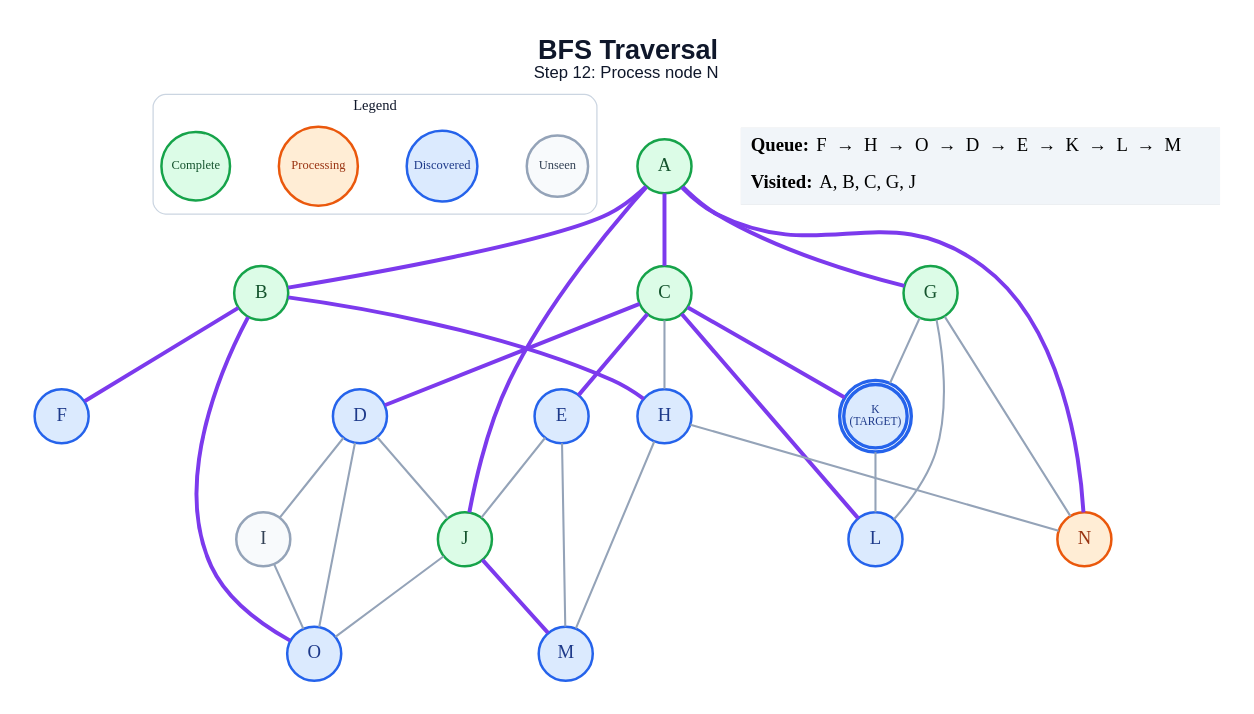
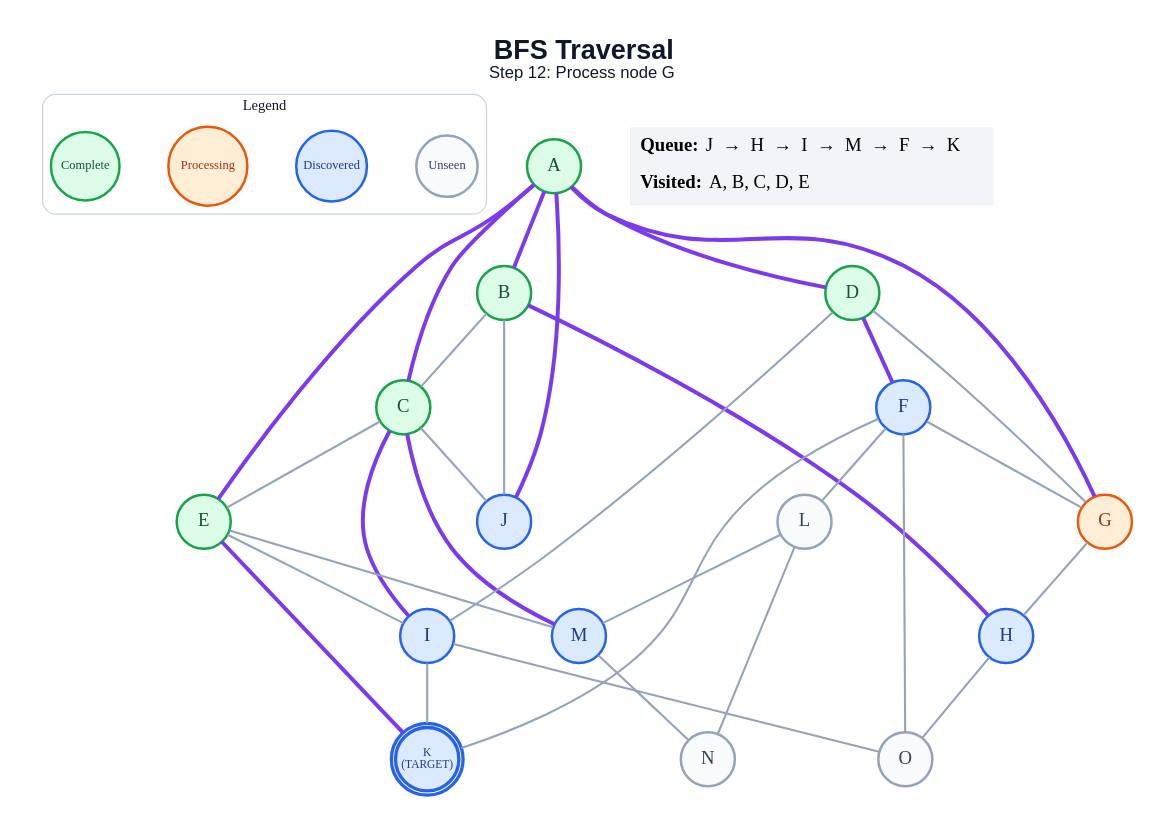
One commit to anon7238593-create/ai-slop changed the diagram in generated/bfs/step_12.dot. Above: the diagram before and after it, drawn with Graphviz. The commit also changed 281 other files, not shown here.

```diff
--- a/generated/bfs/step_12.dot
+++ b/generated/bfs/step_12.dot
@@ -1,61 +1,64 @@
 graph traversal {
   graph [layout=dot, rankdir=TB, bgcolor="#FFFFFF", pad="0.35", nodesep="0.65", ranksep="0.8", fontname="Arial"];
   node [shape=circle, style="filled", fontname="Arial Bold", fontsize=18, width=0.72, fixedsize=true, penwidth=2.4];
   edge [color="#94A3B8", penwidth=2.0];
-  label=<<B>BFS Traversal</B><BR/><FONT POINT-SIZE="16">Step 12: Process node N</FONT>>; labelloc="t"; fontsize=26; fontname="Arial"; fontcolor="#0F172A";
+  label=<<B>BFS Traversal</B><BR/><FONT POINT-SIZE="16">Step 12: Process node G</FONT>>; labelloc="t"; fontsize=26; fontname="Arial"; fontcolor="#0F172A";
   subgraph cluster_legend { label="Legend"; color="#CBD5E1"; penwidth=1.2; style="rounded"; fontsize=14; fontname="Arial Bold";
     key_unseen [label="Unseen", fillcolor="#F8FAFC", color="#94A3B8", fontcolor="#334155", fontsize=12, width=0.82];
     key_frontier [label="Discovered", fillcolor="#DBEAFE", color="#2563EB", fontcolor="#1E3A8A", fontsize=12, width=0.95];
     key_current [label="Processing", fillcolor="#FFEDD5", color="#EA580C", fontcolor="#9A3412", fontsize=12, width=1.05];
     key_done [label="Complete", fillcolor="#DCFCE7", color="#16A34A", fontcolor="#14532D", fontsize=12, width=0.92];
     { rank=same; key_unseen; key_frontier; key_current; key_done; }
   }
   A [label="A", fillcolor="#DCFCE7", color="#16A34A", fontcolor="#14532D", peripheries=1, penwidth=2.4];
   B [label="B", fillcolor="#DCFCE7", color="#16A34A", fontcolor="#14532D", peripheries=1, penwidth=2.4];
   C [label="C", fillcolor="#DCFCE7", color="#16A34A", fontcolor="#14532D", peripheries=1, penwidth=2.4];
-  D [label="D", fillcolor="#DBEAFE", color="#2563EB", fontcolor="#1E3A8A", peripheries=1, penwidth=2.4];
-  E [label="E", fillcolor="#DBEAFE", color="#2563EB", fontcolor="#1E3A8A", peripheries=1, penwidth=2.4];
+  D [label="D", fillcolor="#DCFCE7", color="#16A34A", fontcolor="#14532D", peripheries=1, penwidth=2.4];
+  E [label="E", fillcolor="#DCFCE7", color="#16A34A", fontcolor="#14532D", peripheries=1, penwidth=2.4];
   F [label="F", fillcolor="#DBEAFE", color="#2563EB", fontcolor="#1E3A8A", peripheries=1, penwidth=2.4];
-  G [label="G", fillcolor="#DCFCE7", color="#16A34A", fontcolor="#14532D", peripheries=1, penwidth=2.4];
+  G [label="G", fillcolor="#FFEDD5", color="#EA580C", fontcolor="#9A3412", peripheries=1, penwidth=2.4];
   H [label="H", fillcolor="#DBEAFE", color="#2563EB", fontcolor="#1E3A8A", peripheries=1, penwidth=2.4];
-  I [label="I", fillcolor="#F8FAFC", color="#94A3B8", fontcolor="#334155", peripheries=1, penwidth=2.4];
-  J [label="J", fillcolor="#DCFCE7", color="#16A34A", fontcolor="#14532D", peripheries=1, penwidth=2.4];
+  I [label="I", fillcolor="#DBEAFE", color="#2563EB", fontcolor="#1E3A8A", peripheries=1, penwidth=2.4];
+  J [label="J", fillcolor="#DBEAFE", color="#2563EB", fontcolor="#1E3A8A", peripheries=1, penwidth=2.4];
   K [label="K\n(TARGET)", fillcolor="#DBEAFE", color="#2563EB", fontcolor="#1E3A8A", peripheries=2, penwidth=3.2, fontsize=11, width=0.85, height=0.85];
-  L [label="L", fillcolor="#DBEAFE", color="#2563EB", fontcolor="#1E3A8A", peripheries=1, penwidth=2.4];
+  L [label="L", fillcolor="#F8FAFC", color="#94A3B8", fontcolor="#334155", peripheries=1, penwidth=2.4];
   M [label="M", fillcolor="#DBEAFE", color="#2563EB", fontcolor="#1E3A8A", peripheries=1, penwidth=2.4];
-  N [label="N", fillcolor="#FFEDD5", color="#EA580C", fontcolor="#9A3412", peripheries=1, penwidth=2.4];
-  O [label="O", fillcolor="#DBEAFE", color="#2563EB", fontcolor="#1E3A8A", peripheries=1, penwidth=2.4];
+  N [label="N", fillcolor="#F8FAFC", color="#94A3B8", fontcolor="#334155", peripheries=1, penwidth=2.4];
+  O [label="O", fillcolor="#F8FAFC", color="#94A3B8", fontcolor="#334155", peripheries=1, penwidth=2.4];
   A -- B [color="#7C3AED", penwidth=3.8];
   A -- C [color="#7C3AED", penwidth=3.8];
+  A -- D [color="#7C3AED", penwidth=3.8];
+  A -- E [color="#7C3AED", penwidth=3.8];
   A -- G [color="#7C3AED", penwidth=3.8];
   A -- J [color="#7C3AED", penwidth=3.8];
-  A -- N [color="#7C3AED", penwidth=3.8];
-  B -- F [color="#7C3AED", penwidth=3.8];
+  B -- C;
   B -- H [color="#7C3AED", penwidth=3.8];
-  B -- O [color="#7C3AED", penwidth=3.8];
-  C -- D [color="#7C3AED", penwidth=3.8];
-  C -- E [color="#7C3AED", penwidth=3.8];
-  C -- H;
-  C -- K [color="#7C3AED", penwidth=3.8];
-  C -- L [color="#7C3AED", penwidth=3.8];
+  B -- J;
+  C -- E;
+  C -- I [color="#7C3AED", penwidth=3.8];
+  C -- J;
+  C -- M [color="#7C3AED", penwidth=3.8];
+  D -- F [color="#7C3AED", penwidth=3.8];
+  D -- G;
   D -- I;
-  D -- J;
-  D -- O;
-  E -- J;
+  E -- I;
+  E -- K [color="#7C3AED", penwidth=3.8];
   E -- M;
-  G -- K;
-  G -- L;
-  G -- N;
-  H -- M;
-  H -- N;
+  F -- G;
+  F -- K;
+  F -- L;
+  F -- O;
+  G -- H;
+  H -- O;
+  I -- K;
   I -- O;
-  J -- M [color="#7C3AED", penwidth=3.8];
-  J -- O;
-  K -- L;
+  L -- M;
+  L -- N;
+  M -- N;
   status [shape=plain, fixedsize=false, width=0, height=0, margin=0, label=<
     <TABLE BORDER="0" CELLBORDER="0" CELLPADDING="7" BGCOLOR="#F1F5F9">
-      <TR><TD ALIGN="LEFT"><B>Queue:</B> F  →  H  →  O  →  D  →  E  →  K  →  L  →  M</TD></TR>
-      <TR><TD ALIGN="LEFT"><B>Visited:</B> A, B, C, G, J</TD></TR>
+      <TR><TD ALIGN="LEFT"><B>Queue:</B> J  →  H  →  I  →  M  →  F  →  K</TD></TR>
+      <TR><TD ALIGN="LEFT"><B>Visited:</B> A, B, C, D, E</TD></TR>
     </TABLE>
   >];
 }
```
